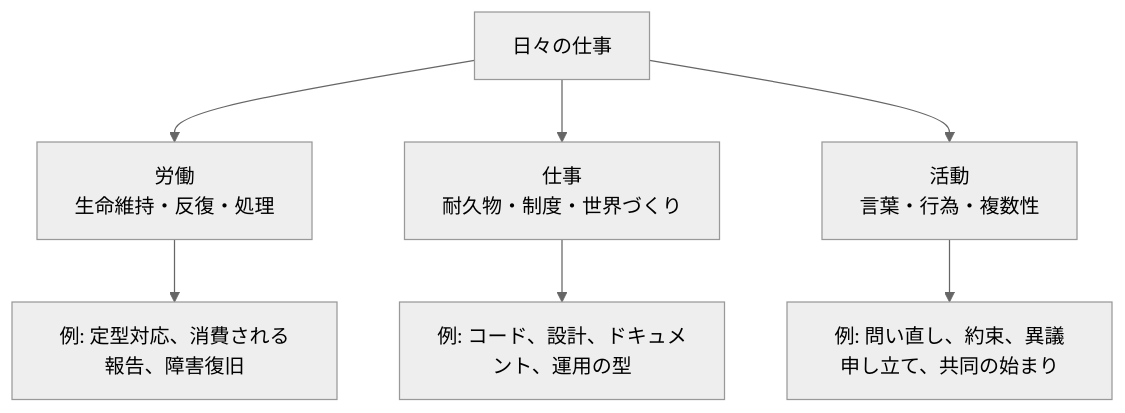
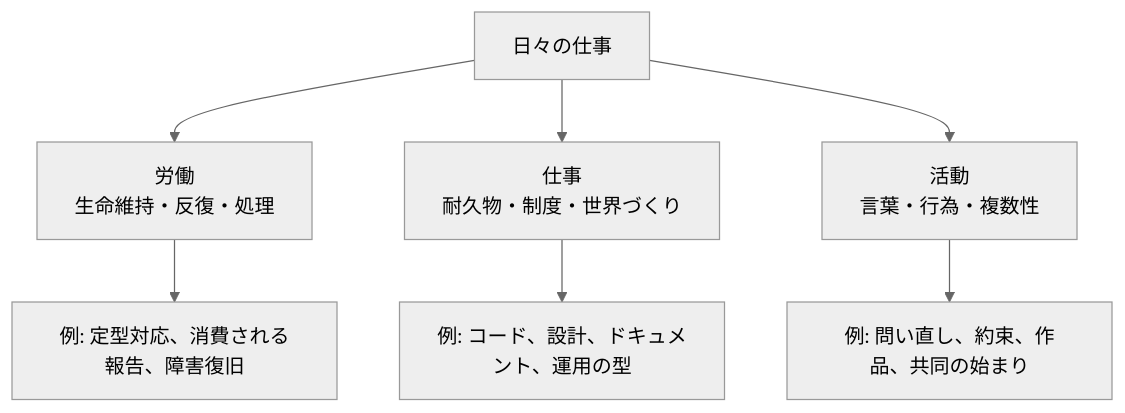
The first of 2 diagrams in src/content/docs/philosophy/arendt-vita-activa-in-work.md (kotowari-modoki/experimental-commons), drawn with Mermaid (neutral theme) before and after one commit. The commit also changed other lines of this file and 2 other files, not shown here.

````diff
--- a/src/content/docs/philosophy/arendt-vita-activa-in-work.md
+++ b/src/content/docs/philosophy/arendt-vita-activa-in-work.md
@@ -130,9 +126,9 @@
 ```mermaid
 flowchart TD
     A["日々の仕事"] --> B["労働<br/>生命維持・反復・処理"]
     A --> C["仕事<br/>耐久物・制度・世界づくり"]
     A --> D["活動<br/>言葉・行為・複数性"]
     B --> E["例: 定型対応、消費される報告、障害復旧"]
     C --> F["例: コード、設計、ドキュメント、運用の型"]
-    D --> G["例: 問い直し、約束、異議申し立て、共同の始まり"]
+    D --> G["例: 問い直し、約束、作品、共同の始まり"]
 ```
````
